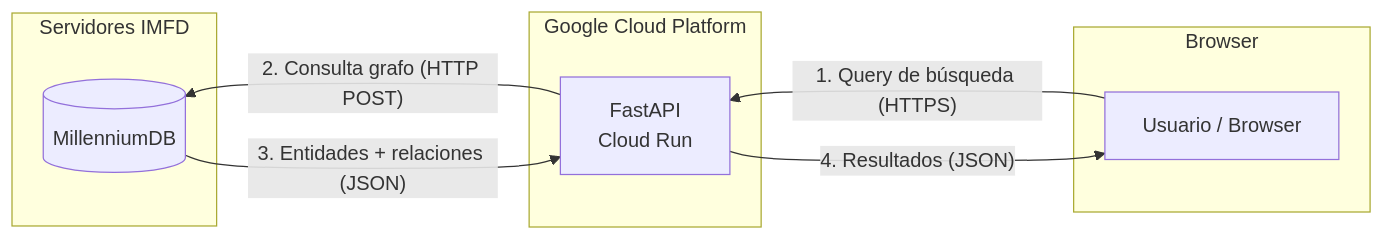
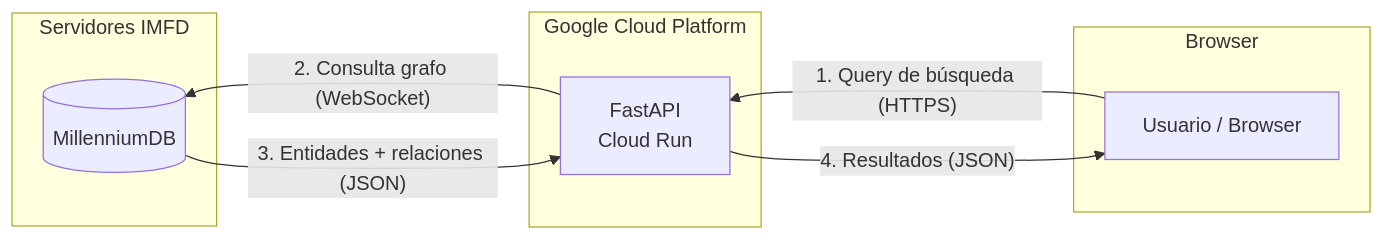
Before and after one commit to renaa-m/TallerDeIntegracion_G10: the second of 2 diagrams in README.md, drawn with Mermaid. The commit also changed other lines of this file and 3 other files, not shown here.

First line of the commit message:
feat: integrar millenniumdb-driver oficial (WebSocket)

````diff
--- a/README.md
+++ b/README.md
@@ -196,19 +196,19 @@
 ```mermaid
 graph RL
     subgraph Browser
         U[Usuario / Browser]
     end
 
     subgraph GCP ["Google Cloud Platform"]
         API[FastAPI\nCloud Run]
     end
 
     subgraph IMFD_servers ["Servidores IMFD"]
         MDB[(MillenniumDB)]
     end
 
     U -->|"1. Query de búsqueda (HTTPS)"| API
-    API -->|"2. Consulta grafo (HTTP POST)"| MDB
+    API -->|"2. Consulta grafo (WebSocket)"| MDB
     MDB -->|"3. Entidades + relaciones (JSON)"| API
     API -->|"4. Resultados (JSON)"| U
 ```
````
